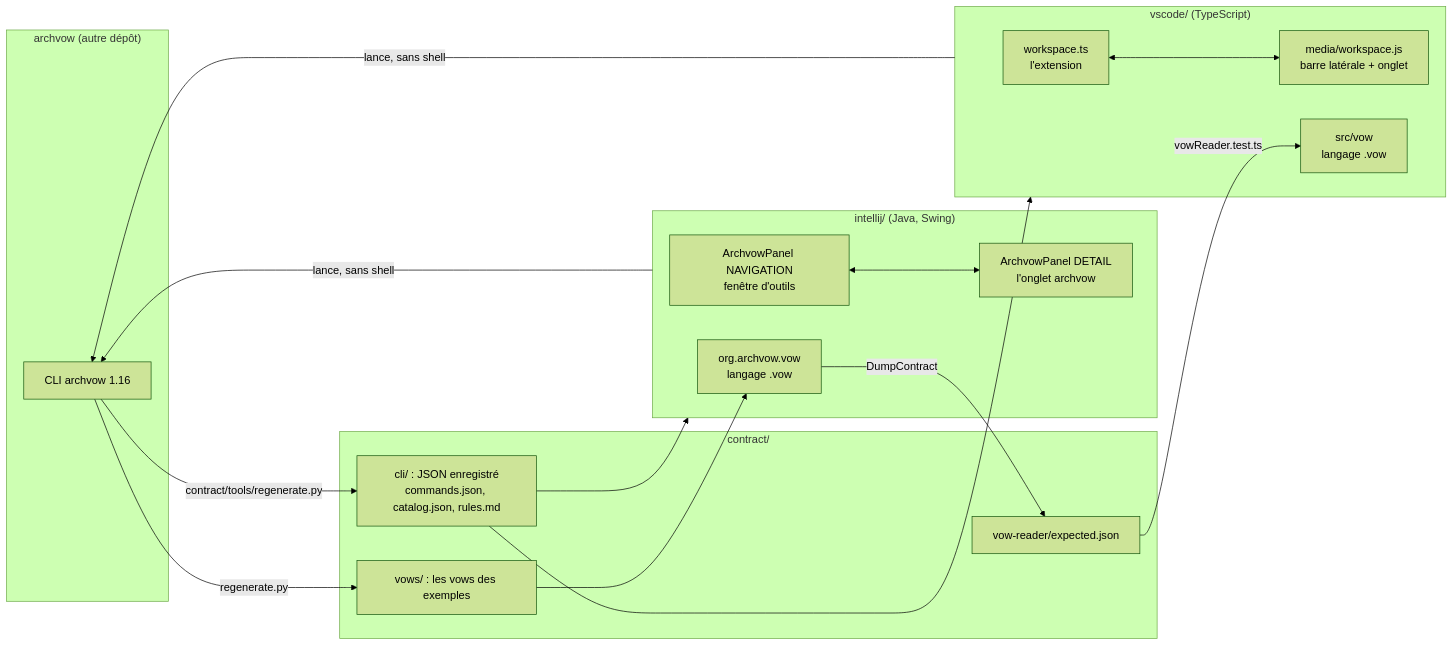
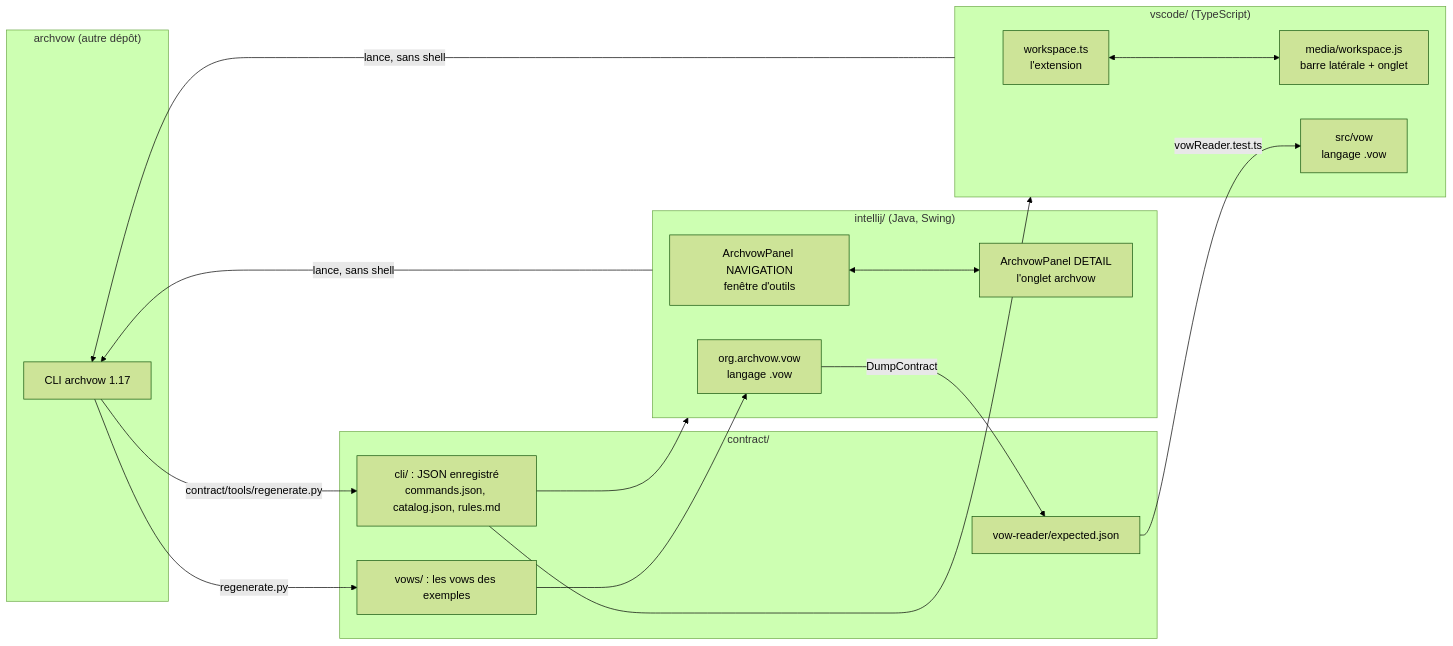
Before and after one commit to archvow/archvow-plugin: the diagram in wiki/home.md, drawn with Mermaid (forest theme). The commit also changed other lines of this file and 76 other files, not shown here.

````diff
--- a/wiki/home.md
+++ b/wiki/home.md
@@ -52,32 +52,32 @@
 ```mermaid
 flowchart LR
   subgraph archvow["archvow (autre dépôt)"]
-    CLI[CLI archvow 1.16]
+    CLI[CLI archvow 1.17]
   end
   subgraph contract["contract/"]
     REC[cli/ : JSON enregistré<br/>commands.json, catalog.json, rules.md]
     VOWS[vows/ : les vows des exemples]
     EXP[vow-reader/expected.json]
   end
   CLI -->|contract/tools/regenerate.py| REC
   CLI -->|regenerate.py| VOWS
   subgraph ij["intellij/ (Java, Swing)"]
     NAV[ArchvowPanel NAVIGATION<br/>fenêtre d'outils]
     DET[ArchvowPanel DETAIL<br/>l'onglet archvow]
     VOWJ[org.archvow.vow<br/>langage .vow]
   end
   subgraph vs["vscode/ (TypeScript)"]
     WS[workspace.ts<br/>l'extension]
     PAGE[media/workspace.js<br/>barre latérale + onglet]
     VOWT[src/vow<br/>langage .vow]
   end
   REC --> ij
   REC --> vs
   VOWS --> VOWJ
   VOWJ -->|DumpContract| EXP
   EXP -->|vowReader.test.ts| VOWT
   NAV <--> DET
   WS <--> PAGE
   ij -->|lance, sans shell| CLI
   vs -->|lance, sans shell| CLI
 ```
````
